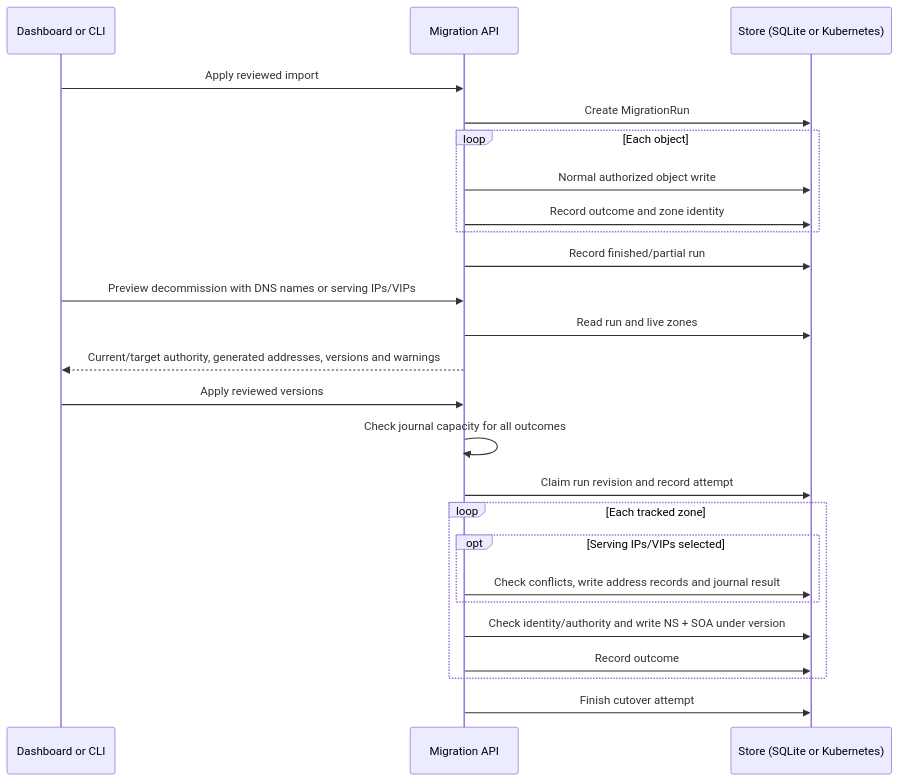
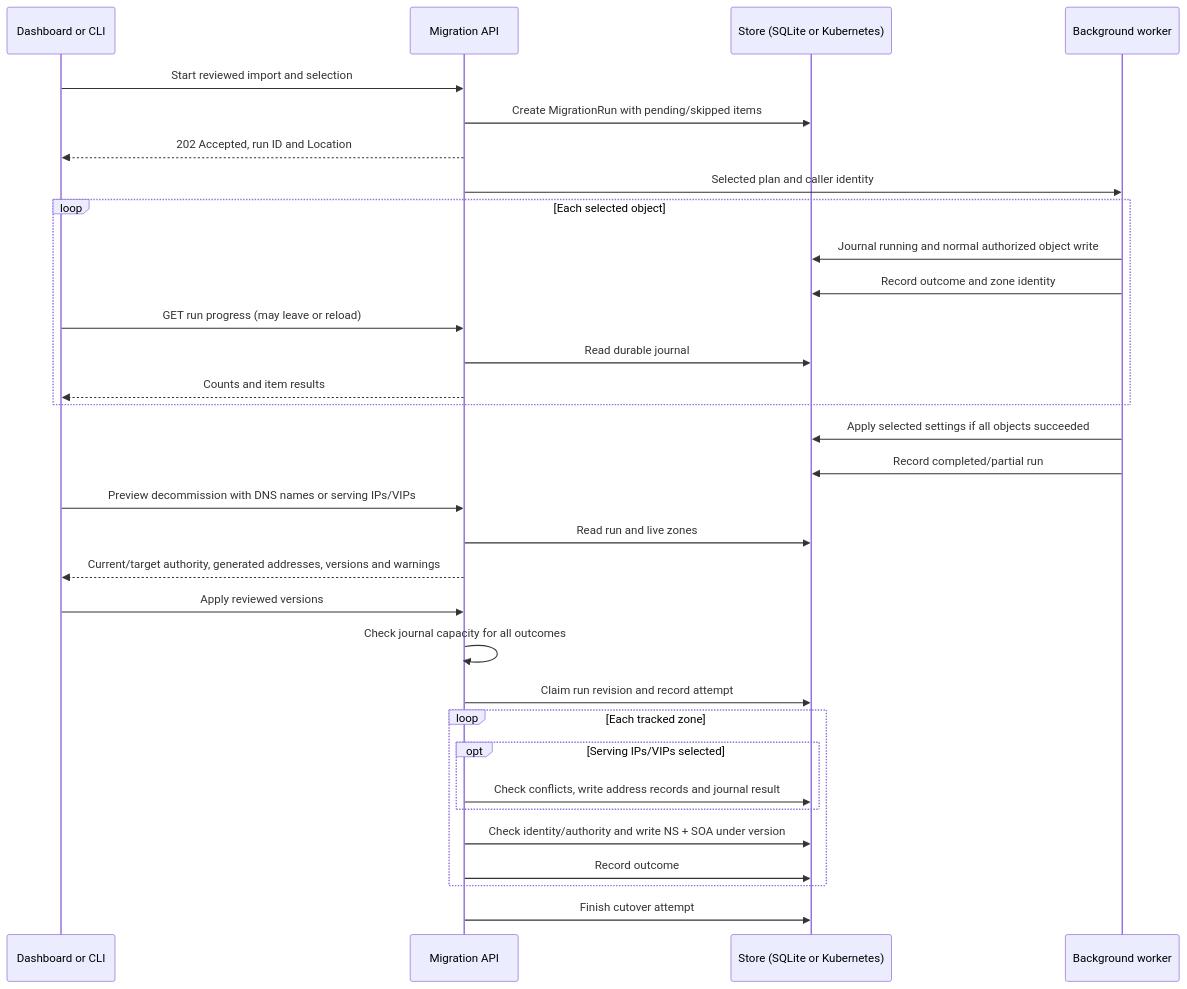
Before and after one commit to robertherbaugh/kudurru: the first of 8 diagrams in docs/architecture/configuration-and-store.md, drawn with Mermaid. The commit also changed other lines of this file and 31 other files, not shown here.

Commit message:
feat(imports): track background migrations and select items

````diff
--- a/docs/architecture/configuration-and-store.md
+++ b/docs/architecture/configuration-and-store.md
@@ -122,27 +147,34 @@
 ```mermaid
 sequenceDiagram
     participant U as Dashboard or CLI
     participant A as Migration API
     participant S as Store (SQLite or Kubernetes)
-    U->>A: Apply reviewed import
-    A->>S: Create MigrationRun
-    loop Each object
-        A->>S: Normal authorized object write
-        A->>S: Record outcome and zone identity
+    participant W as Background worker
+    U->>A: Start reviewed import and selection
+    A->>S: Create MigrationRun with pending/skipped items
+    A-->>U: 202 Accepted, run ID and Location
+    A->>W: Selected plan and caller identity
+    loop Each selected object
+        W->>S: Journal running and normal authorized object write
+        W->>S: Record outcome and zone identity
+        U->>A: GET run progress (may leave or reload)
+        A->>S: Read durable journal
+        A-->>U: Counts and item results
     end
-    A->>S: Record finished/partial run
+    W->>S: Apply selected settings if all objects succeeded
+    W->>S: Record completed/partial run
     U->>A: Preview decommission with DNS names or serving IPs/VIPs
     A->>S: Read run and live zones
     A-->>U: Current/target authority, generated addresses, versions and warnings
     U->>A: Apply reviewed versions
     A->>A: Check journal capacity for all outcomes
     A->>S: Claim run revision and record attempt
     loop Each tracked zone
         opt Serving IPs/VIPs selected
             A->>S: Check conflicts, write address records and journal result
         end
         A->>S: Check identity/authority and write NS + SOA under version
         A->>S: Record outcome
     end
     A->>S: Finish cutover attempt
 ```
````
